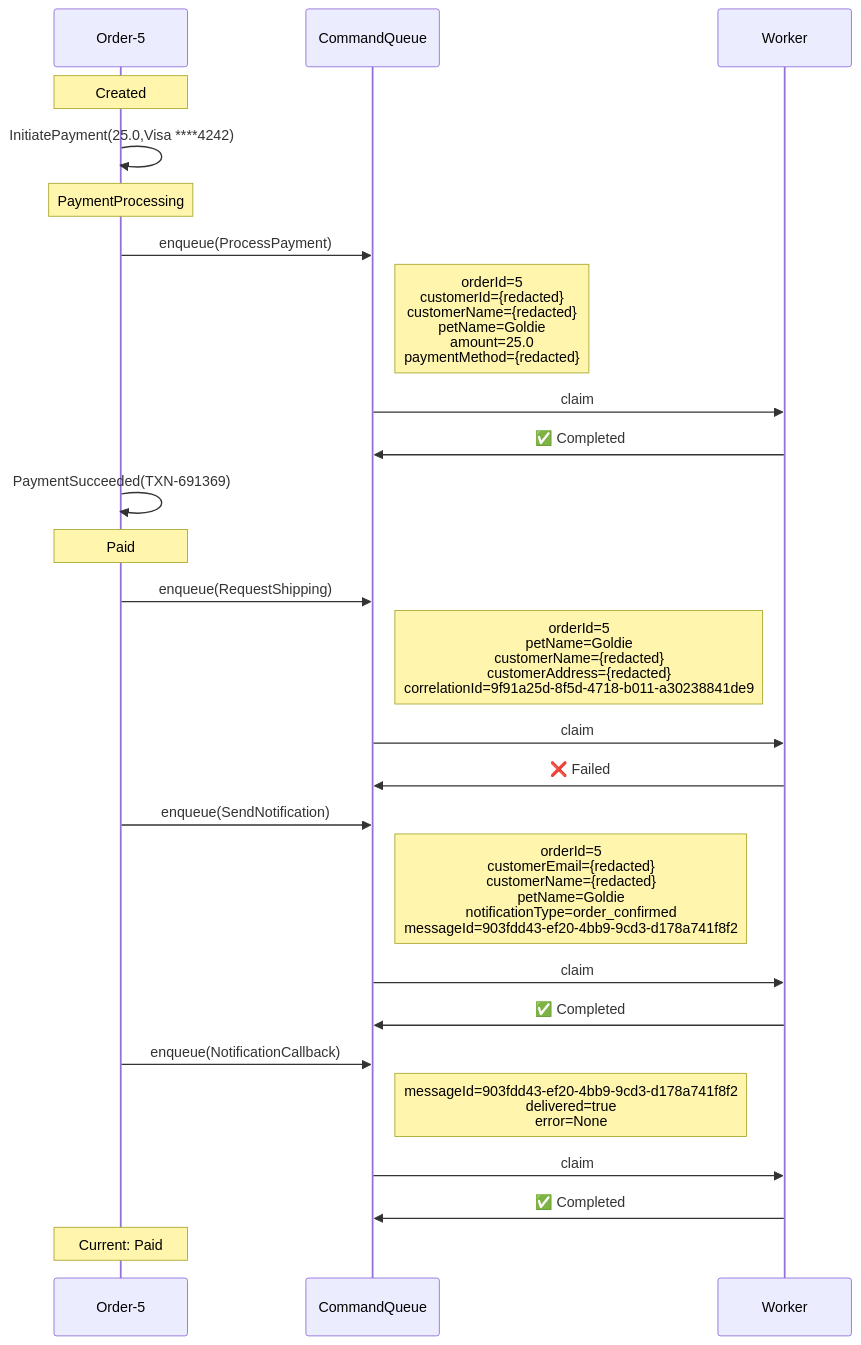
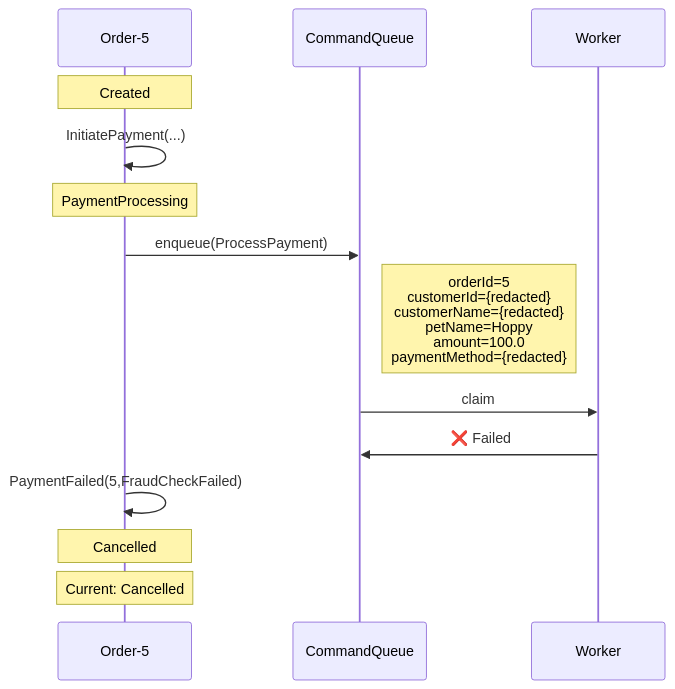
Before and after one commit to Iterable/mechanoid: the first of 3 diagrams in docs/visualizations/order-5-trace.md, drawn with Mermaid. The commit also changed other lines of this file and 52 other files, not shown here.

````diff
--- a/docs/visualizations/order-5-trace.md
+++ b/docs/visualizations/order-5-trace.md
@@ -12,30 +11,18 @@
 ```mermaid
 %%{init: {'themeCSS': '.noteText { text-align: left !important; }'}}%%
 sequenceDiagram
     participant FSM as Order-5
     participant CQ as CommandQueue
     participant W as Worker
 
     Note over FSM: Created
-    FSM->>FSM: InitiatePayment(25.0,Visa ****4242)
+    FSM->>FSM: InitiatePayment(...)
     Note over FSM: PaymentProcessing
     FSM->>CQ: enqueue(ProcessPayment)
-    Note right of CQ: orderId=5<br/>customerId={redacted}<br/>customerName={redacted}<br/>petName=Goldie<br/>amount=25.0<br/>paymentMethod={redacted}
-    CQ->>W: claim
-    W->>CQ: ✅ Completed
-    FSM->>FSM: PaymentSucceeded(TXN-691369)
-    Note over FSM: Paid
-    FSM->>CQ: enqueue(RequestShipping)
-    Note right of CQ: orderId=5<br/>petName=Goldie<br/>customerName={redacted}<br/>customerAddress={redacted}<br/>correlationId=9f91a25d-8f5d-4718-b011-a30238841de9
+    Note right of CQ: orderId=5<br/>customerId={redacted}<br/>customerName={redacted}<br/>petName=Hoppy<br/>amount=100.0<br/>paymentMethod={redacted}
     CQ->>W: claim
     W->>CQ: ❌ Failed
-    FSM->>CQ: enqueue(SendNotification)
-    Note right of CQ: orderId=5<br/>customerEmail={redacted}<br/>customerName={redacted}<br/>petName=Goldie<br/>notificationType=order_confirmed<br/>messageId=903fdd43-ef20-4bb9-9cd3-d178a741f8f2
-    CQ->>W: claim
-    W->>CQ: ✅ Completed
-    FSM->>CQ: enqueue(NotificationCallback)
-    Note right of CQ: messageId=903fdd43-ef20-4bb9-9cd3-d178a741f8f2<br/>delivered=true<br/>error=None
-    CQ->>W: claim
-    W->>CQ: ✅ Completed
-    Note over FSM: Current: Paid
+    FSM->>FSM: PaymentFailed(5,FraudCheckFailed)
+    Note over FSM: Cancelled
+    Note over FSM: Current: Cancelled
 ```
````
